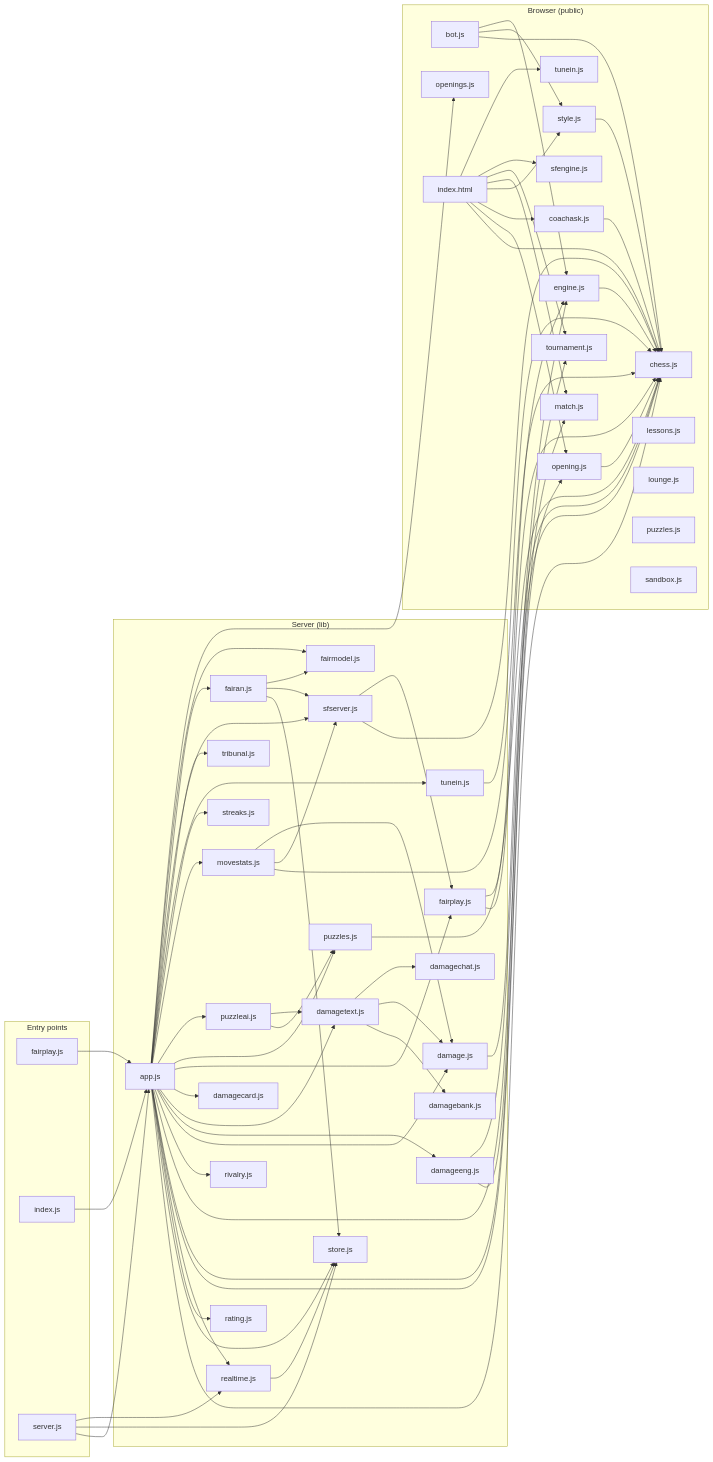
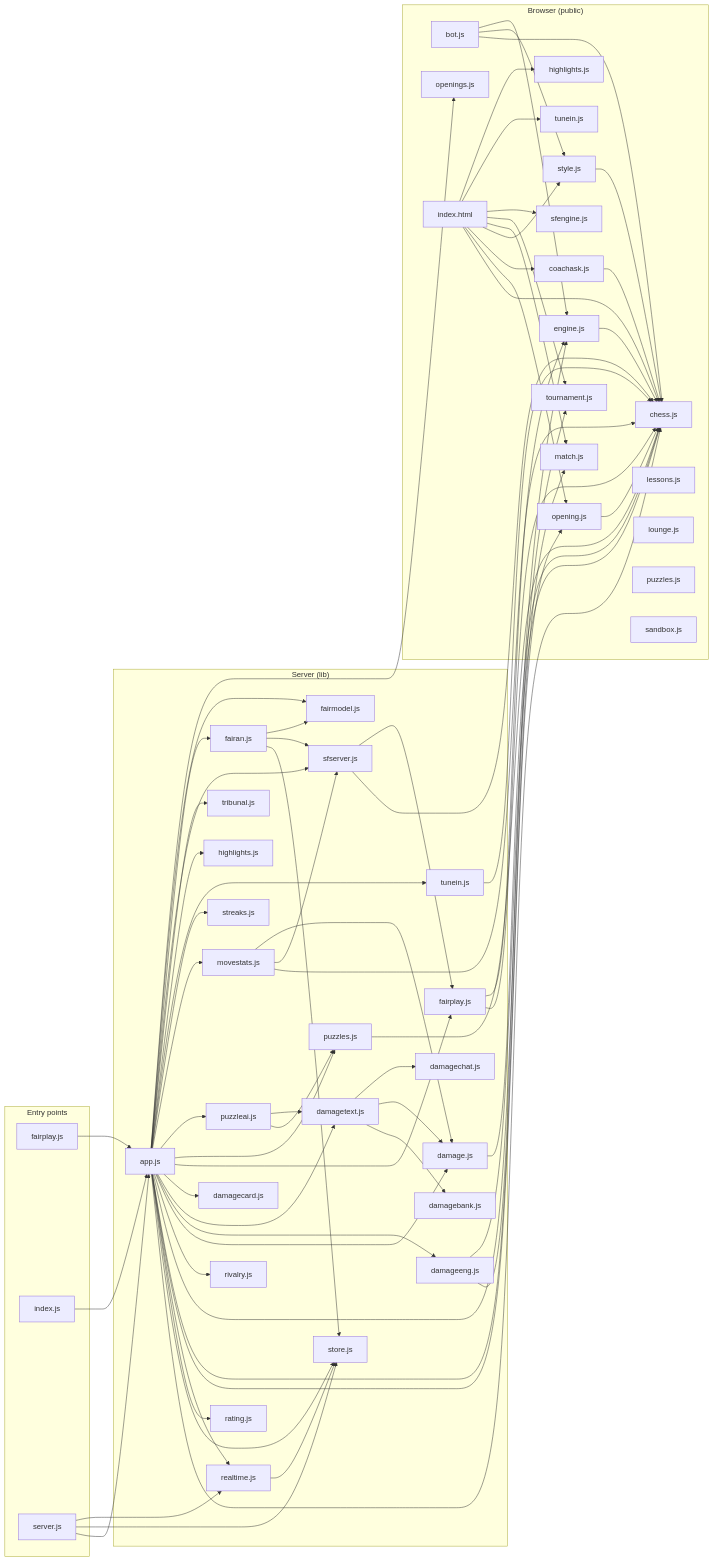
Before and after one commit to Vihaancoding/chess-with-friends: the diagram in docs/code-map.md, drawn with Mermaid. The commit also changed other lines of this file and 9 other files, not shown here.

````diff
--- a/docs/code-map.md
+++ b/docs/code-map.md
@@ -20,6 +20,7 @@
     lib_fairan_js["fairan.js"]
     lib_fairmodel_js["fairmodel.js"]
     lib_fairplay_js["fairplay.js"]
+    lib_highlights_js["highlights.js"]
     lib_movestats_js["movestats.js"]
     lib_puzzleai_js["puzzleai.js"]
     lib_puzzles_js["puzzles.js"]
@@ -37,6 +38,7 @@
     public_chess_js["chess.js"]
     public_coachask_js["coachask.js"]
     public_engine_js["engine.js"]
+    public_highlights_js["highlights.js"]
     public_lessons_js["lessons.js"]
     public_lounge_js["lounge.js"]
     public_match_js["match.js"]
@@ -73,6 +75,7 @@
   lib_app_js --> lib_movestats_js
   lib_app_js --> lib_streaks_js
   lib_app_js --> lib_tunein_js
+  lib_app_js --> lib_highlights_js
   lib_app_js --> lib_tribunal_js
   lib_app_js --> lib_sfserver_js
   lib_app_js --> lib_fairan_js
@@ -114,4 +117,5 @@
   public_index_html --> public_tournament_js
   public_index_html --> public_sfengine_js
   public_index_html --> public_tunein_js
+  public_index_html --> public_highlights_js
 ```
````
